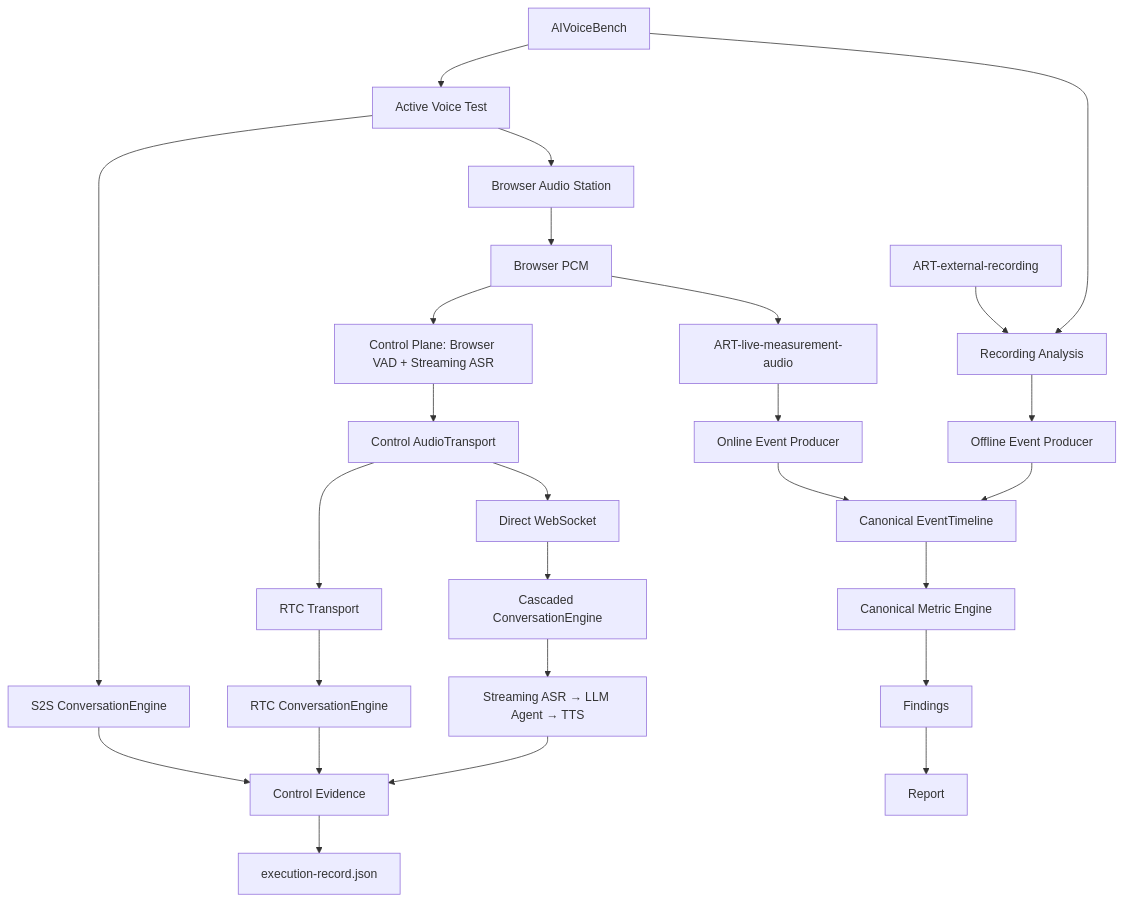
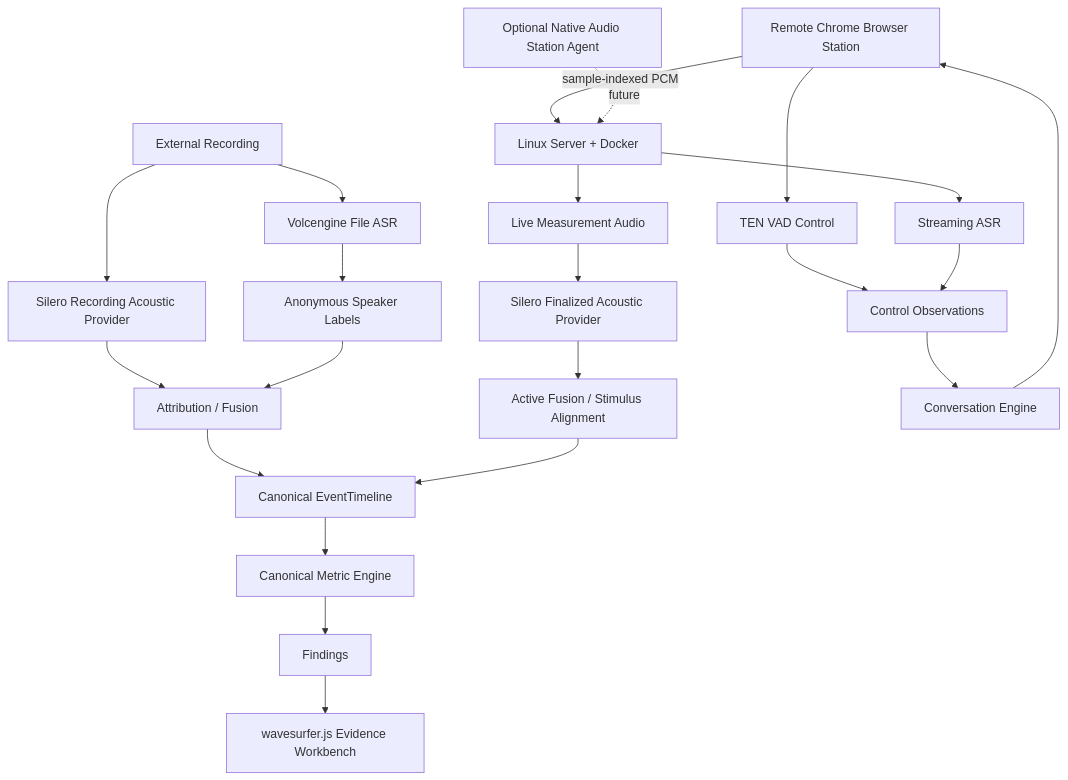
Before and after one commit to lybym/AIVoiceBench: the diagram in docs/01-system-architecture.md, drawn with Mermaid. The commit also changed other lines of this file and 16 other files, not shown here.

First line of the commit message:
docs: converge remote Browser Station and reusable voice components (#83)

````diff
--- a/docs/01-system-architecture.md
+++ b/docs/01-system-architecture.md
@@ -428,31 +389,29 @@
 ```mermaid
 flowchart TD
-  AVB[AIVoiceBench] --> RA[Recording Analysis]
-  AVB --> VT[Active Voice Test]
+  BS[Remote Chrome Browser Station] -->|sample-indexed PCM| LS[Linux Server + Docker]
+  BS --> TEN[TEN VAD Control]
+  TEN --> CO[Control Observations]
+  LS --> LMA[Live Measurement Audio]
+  LMA --> SIL[Silero Finalized Acoustic Provider]
 
-  ER[ART-external-recording] --> RA
-  RA --> OFF[Offline Event Producer]
+  ER[External Recording] --> SIL2[Silero Recording Acoustic Provider]
+  ER --> FASR[Volcengine File ASR]
+  FASR --> SPK[Anonymous Speaker Labels]
 
-  VT --> BAS[Browser Audio Station]
-  BAS --> PCM[Browser PCM]
-  PCM --> OBS[Control Plane: Browser VAD + Streaming ASR]
-  PCM --> LMA[ART-live-measurement-audio]
-  LMA --> ON[Online Event Producer]
-  OBS --> AT[Control AudioTransport]
-  AT --> DWS[Direct WebSocket]
-  AT --> RTC[RTC Transport]
-  DWS --> CCE[Cascaded ConversationEngine]
-  RTC --> RCE[RTC ConversationEngine]
-  CCE --> CASCADE[Streaming ASR → LLM Agent → TTS]
-  VT --> S2S[S2S ConversationEngine]
-  CASCADE --> CE[Control Evidence]
-  RCE --> CE
-  S2S --> CE
+  SIL2 --> FUS[Attribution / Fusion]
+  SPK --> FUS
+  SIL --> FUS2[Active Fusion / Stimulus Alignment]
 
-  OFF --> TL[Canonical EventTimeline]
-  ON --> TL
+  FUS --> TL[Canonical EventTimeline]
+  FUS2 --> TL
   TL --> MX[Canonical Metric Engine]
   MX --> FI[Findings]
-  FI --> RP[Report]
-  CE --> EX[execution-record.json]
+  FI --> UI[wavesurfer.js Evidence Workbench]
+
+  LS --> SASR[Streaming ASR]
+  SASR --> CO
+  CO --> ENG[Conversation Engine]
+  ENG --> BS
+
+  HIL[Optional Native Audio Station Agent] -. future .-> LS
 ```
````
